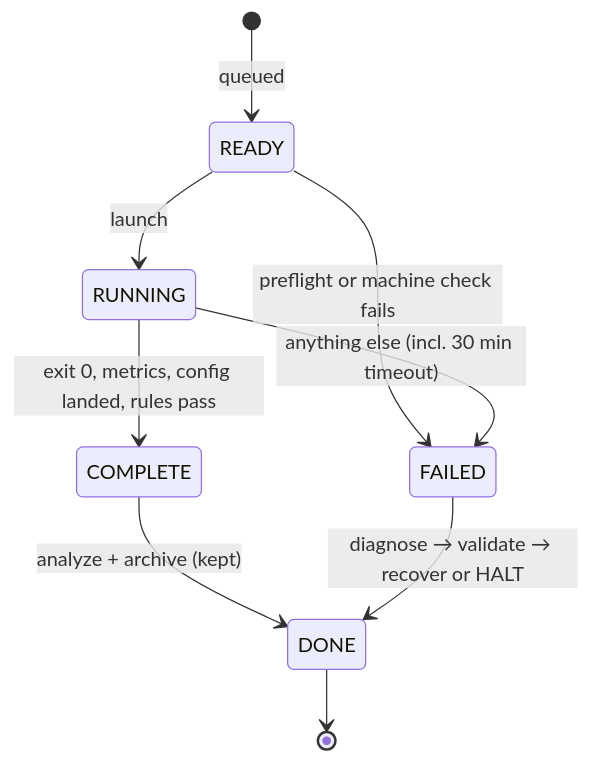
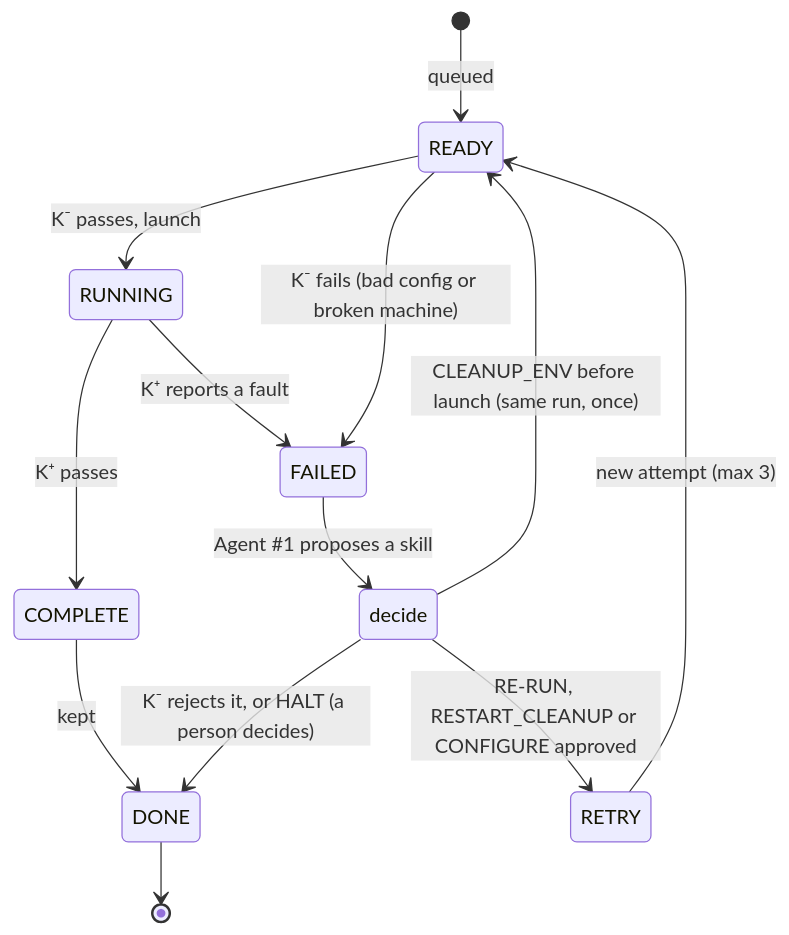
The third of 5 diagrams in GUIDE.md (willv678/simgate), drawn with Mermaid before and after one commit. The commit also changed other lines of this file and 2 other files, not shown here.

Commit message:
Show retries and HALT in the state diagram

````diff
--- a/GUIDE.md
+++ b/GUIDE.md
@@ -93,11 +93,16 @@
 ```mermaid
 stateDiagram-v2
     [*] --> READY: queued
-    READY --> FAILED: preflight or machine check fails
-    READY --> RUNNING: launch
-    RUNNING --> COMPLETE: exit 0, metrics, config landed, rules pass
-    RUNNING --> FAILED: anything else (incl. 30 min timeout)
-    COMPLETE --> DONE: analyze + archive (kept)
-    FAILED --> DONE: diagnose → validate → recover or HALT
+    READY --> RUNNING: K⁻ passes, launch
+    READY --> FAILED: K⁻ fails (bad config or broken machine)
+    RUNNING --> COMPLETE: K⁺ passes
+    RUNNING --> FAILED: K⁺ reports a fault
+    COMPLETE --> DONE: kept
+    FAILED --> decide: Agent #1 proposes a skill
+    state decide <<choice>>
+    decide --> DONE: K⁻ rejects it, or HALT (a person decides)
+    decide --> READY: CLEANUP_ENV before launch (same run, once)
+    decide --> RETRY: RE-RUN, RESTART_CLEANUP or CONFIGURE approved
+    RETRY --> READY: new attempt (max 3)
     DONE --> [*]
 ```
````
